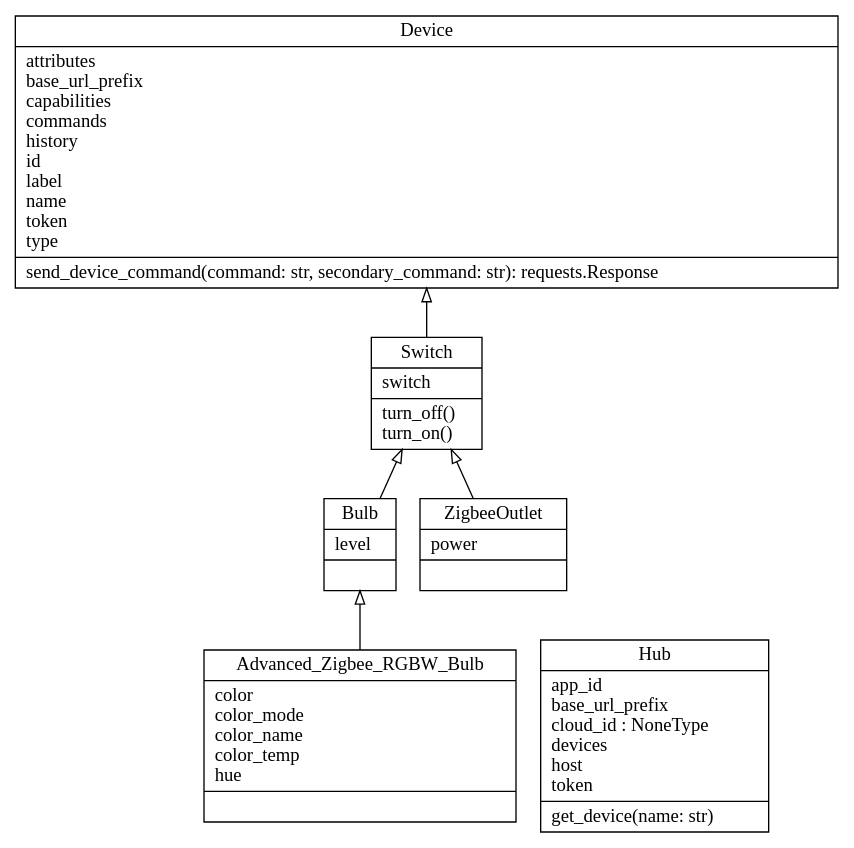
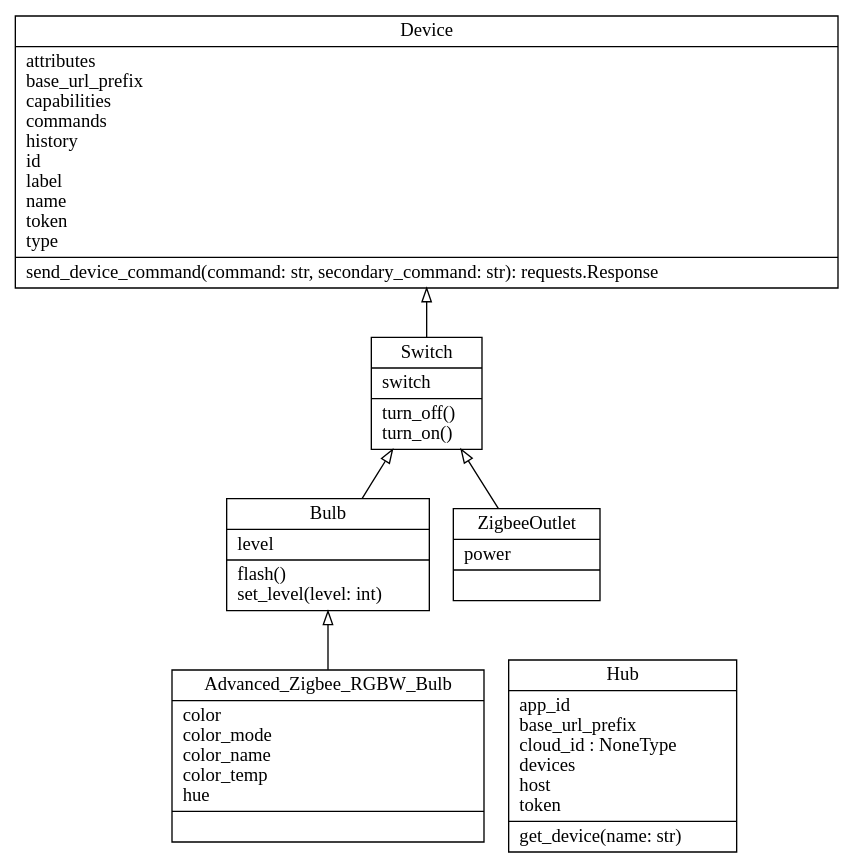
One commit to Jelloeater/hubitatcontrol changed the diagram in docs/classes.dot. Above: the diagram before and after it, drawn with Graphviz. The commit also changed 4 other files, not shown here.

```diff
--- a/docs/classes.dot
+++ b/docs/classes.dot
@@ -1,14 +1,14 @@
 digraph "classes" {
 rankdir=BT
 charset="utf-8"
 "hubitatcontrol.lights.Advanced_Zigbee_RGBW_Bulb" [color="black", fontcolor="black", label="{Advanced_Zigbee_RGBW_Bulb|color\lcolor_mode\lcolor_name\lcolor_temp\lhue\l|}", shape="record", style="solid"];
-"hubitatcontrol.lights.Bulb" [color="black", fontcolor="black", label="{Bulb|level\l|}", shape="record", style="solid"];
+"hubitatcontrol.lights.Bulb" [color="black", fontcolor="black", label="{Bulb|level\l|flash()\lset_level(level: int)\l}", shape="record", style="solid"];
 "hubitatcontrol.hub.Device" [color="black", fontcolor="black", label="{Device|attributes\lbase_url_prefix\lcapabilities\lcommands\lhistory\lid\llabel\lname\ltoken\ltype\l|send_device_command(command: str, secondary_command: str): requests.Response\l}", shape="record", style="solid"];
 "hubitatcontrol.hub.Hub" [color="black", fontcolor="black", label="{Hub|app_id\lbase_url_prefix\lcloud_id : NoneType\ldevices\lhost\ltoken\l|get_device(name: str)\l}", shape="record", style="solid"];
 "hubitatcontrol.generic.Switch" [color="black", fontcolor="black", label="{Switch|switch\l|turn_off()\lturn_on()\l}", shape="record", style="solid"];
 "hubitatcontrol.generic.ZigbeeOutlet" [color="black", fontcolor="black", label="{ZigbeeOutlet|power\l|}", shape="record", style="solid"];
 "hubitatcontrol.generic.Switch" -> "hubitatcontrol.hub.Device" [arrowhead="empty", arrowtail="none"];
 "hubitatcontrol.generic.ZigbeeOutlet" -> "hubitatcontrol.generic.Switch" [arrowhead="empty", arrowtail="none"];
 "hubitatcontrol.lights.Advanced_Zigbee_RGBW_Bulb" -> "hubitatcontrol.lights.Bulb" [arrowhead="empty", arrowtail="none"];
 "hubitatcontrol.lights.Bulb" -> "hubitatcontrol.generic.Switch" [arrowhead="empty", arrowtail="none"];
 }
```
